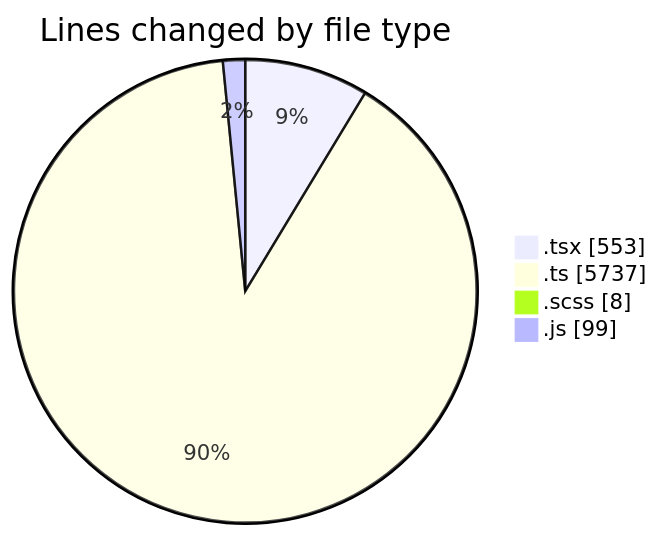
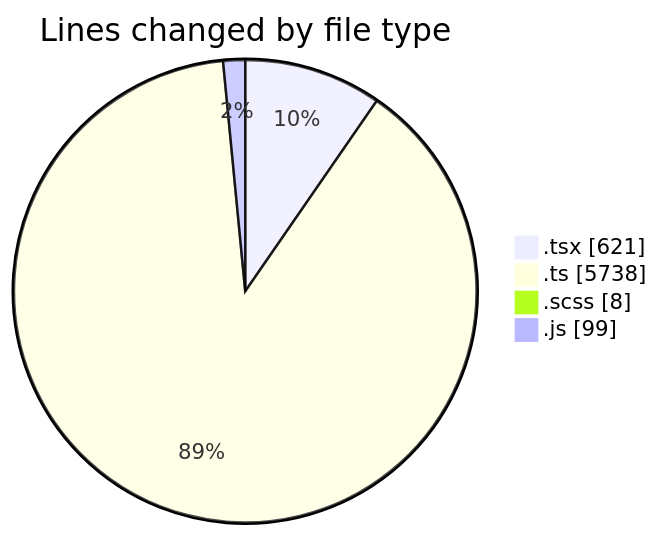
The first of 2 diagrams in 2025-03-26/cda/README.md (momahboobian/code-tracking), drawn with Mermaid before and after one commit. The commit also changed other lines of this file and 1 other file, not shown here.

````diff
--- a/2025-03-26/cda/README.md
+++ b/2025-03-26/cda/README.md
@@ -34,8 +35,8 @@
 ```mermaid
 pie showData
 title Lines changed by file type
-".tsx" : 553
-".ts" : 5737
+".tsx" : 621
+".ts" : 5738
 ".scss" : 8
 ".js" : 99
 ```
````
